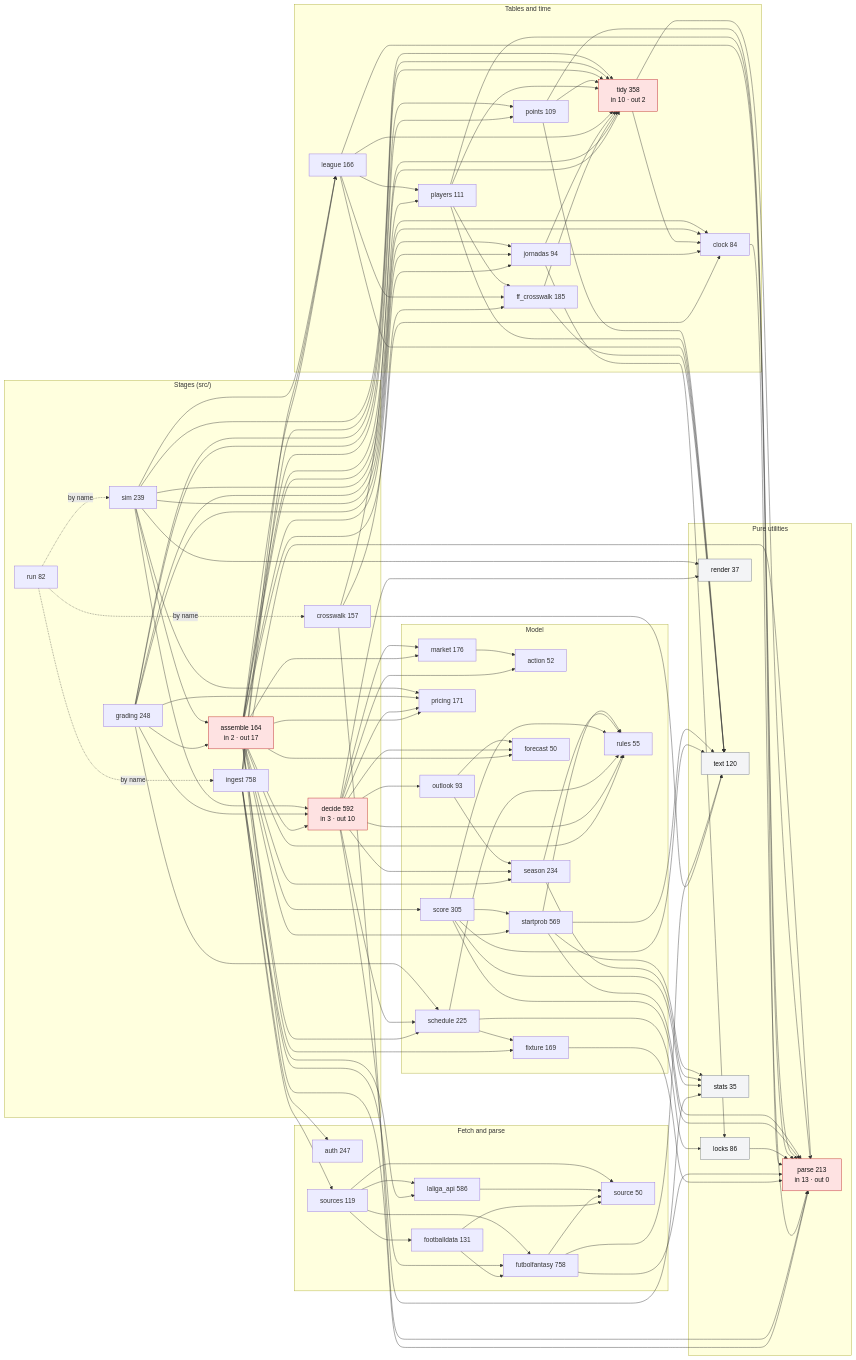
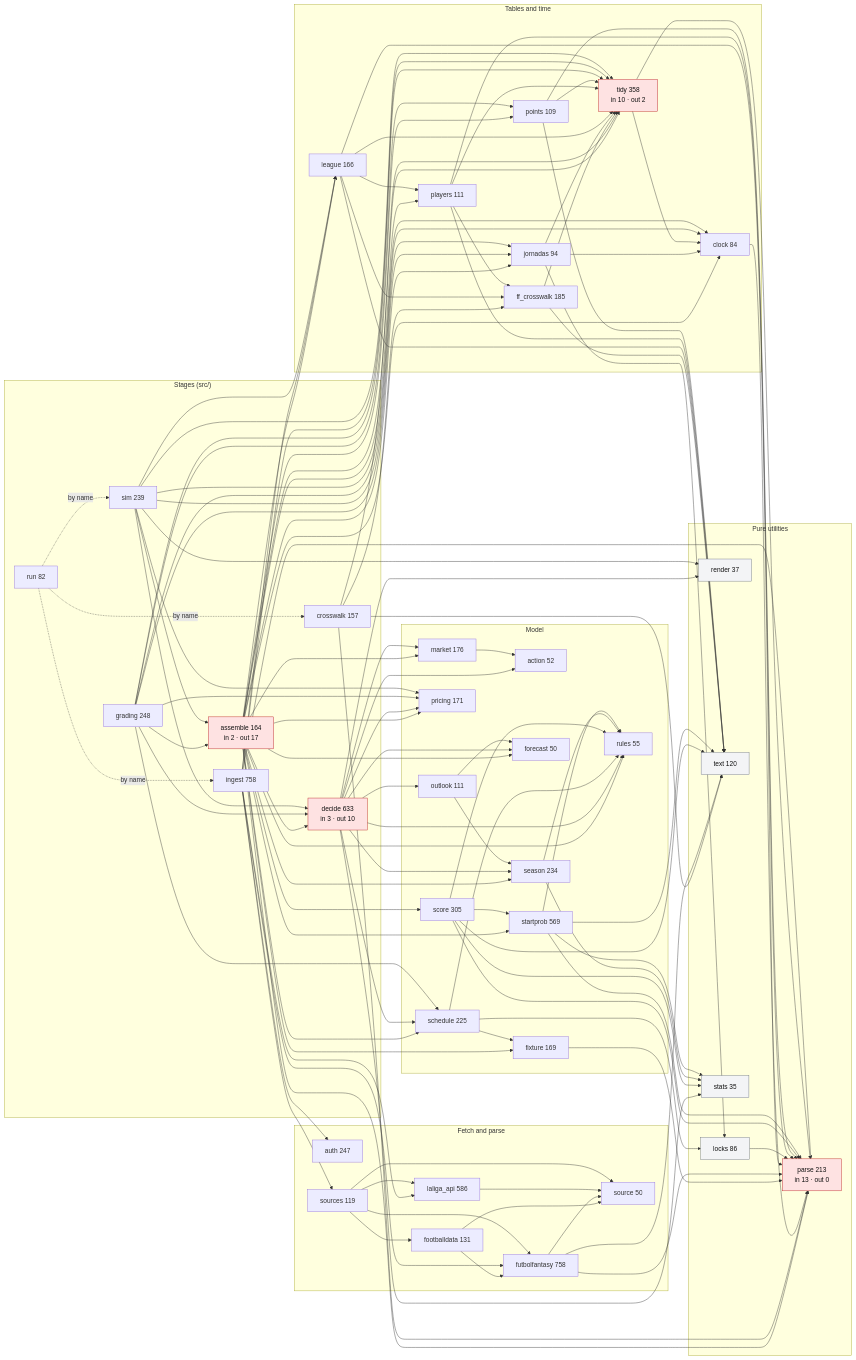
Before and after one commit to OrsM/liga_five_guys: the diagram in docs/modules.mmd, drawn with Mermaid. The commit also changed 11 other files, not shown here.

```diff
--- a/docs/modules.mmd
+++ b/docs/modules.mmd
@@ -1,155 +1,155 @@
 flowchart LR
     classDef hub fill:#fee2e2,stroke:#b91c1c,color:#111
     classDef leaf fill:#f3f4f6,stroke:#6b7280,color:#111
     subgraph stages["Stages (src/)"]
         assemble["assemble 164<br/>in 2 · out 17"]:::hub
         crosswalk["crosswalk 157"]
-        decide["decide 592<br/>in 3 · out 10"]:::hub
+        decide["decide 633<br/>in 3 · out 10"]:::hub
         grading["grading 248"]
         ingest["ingest 758"]
         run["run 82"]
         sim["sim 239"]
     end
     subgraph fetch["Fetch and parse"]
         auth["auth 247"]
         footballdata["footballdata 131"]
         futbolfantasy["futbolfantasy 758"]
         laliga_api["laliga_api 586"]
         source["source 50"]
         sources["sources 119"]
     end
     subgraph data["Tables and time"]
         clock["clock 84"]
         ff_crosswalk["ff_crosswalk 185"]
         jornadas["jornadas 94"]
         league["league 166"]
         players["players 111"]
         points["points 109"]
         tidy["tidy 358<br/>in 10 · out 2"]:::hub
     end
     subgraph model["Model"]
         action["action 52"]
         fixture["fixture 169"]
         forecast["forecast 50"]
         market["market 176"]
-        outlook["outlook 93"]
+        outlook["outlook 111"]
         pricing["pricing 171"]
         rules["rules 55"]
         schedule["schedule 225"]
         score["score 305"]
         season["season 234"]
         startprob["startprob 569"]
     end
     subgraph util["Pure utilities"]
         locks["locks 86"]:::leaf
         parse["parse 213<br/>in 13 · out 0"]:::hub
         render["render 37"]:::leaf
         text["text 120"]:::leaf
         stats["stats 35"]:::leaf
     end
     run -. "by name" .-> ingest
     run -. "by name" .-> crosswalk
     run -. "by name" .-> sim
     assemble --> decide
     assemble --> clock
     assemble --> fixture
     assemble --> forecast
     assemble --> jornadas
     assemble --> league
     assemble --> market
     assemble --> parse
     assemble --> players
     assemble --> points
     assemble --> pricing
     assemble --> rules
     assemble --> schedule
     assemble --> score
     assemble --> season
     assemble --> startprob
     assemble --> tidy
     crosswalk --> ff_crosswalk
     crosswalk --> parse
     crosswalk --> text
     crosswalk --> tidy
     decide --> action
     decide --> forecast
     decide --> market
     decide --> outlook
     decide --> pricing
     decide --> render
     decide --> rules
     decide --> schedule
     decide --> season
     decide --> stats
     clock --> parse
     ff_crosswalk --> text
     ff_crosswalk --> tidy
     fixture --> parse
     footballdata --> futbolfantasy
     footballdata --> source
     futbolfantasy --> parse
     futbolfantasy --> source
     futbolfantasy --> text
     jornadas --> clock
     jornadas --> locks
     jornadas --> tidy
     laliga_api --> source
     league --> ff_crosswalk
     league --> parse
     league --> players
     league --> text
     league --> tidy
     locks --> parse
     market --> action
     outlook --> forecast
     outlook --> season
     players --> ff_crosswalk
     players --> parse
     players --> text
     players --> tidy
     points --> parse
     points --> text
     points --> tidy
     schedule --> fixture
     schedule --> locks
     schedule --> rules
     score --> parse
     score --> rules
     score --> startprob
     score --> text
     score --> stats
     season --> rules
     season --> stats
     startprob --> parse
     startprob --> rules
     startprob --> text
     startprob --> stats
     tidy --> clock
     tidy --> parse
     grading --> assemble
     grading --> decide
     grading --> clock
     grading --> jornadas
     grading --> points
     grading --> pricing
     grading --> schedule
     grading --> tidy
     ingest --> auth
     ingest --> futbolfantasy
     ingest --> laliga_api
     ingest --> league
     ingest --> parse
     ingest --> tidy
     ingest --> sources
     sim --> assemble
     sim --> decide
     sim --> clock
     sim --> jornadas
     sim --> league
     sim --> pricing
     sim --> render
     sim --> tidy
     sources --> footballdata
     sources --> futbolfantasy
     sources --> laliga_api
     sources --> source
```
